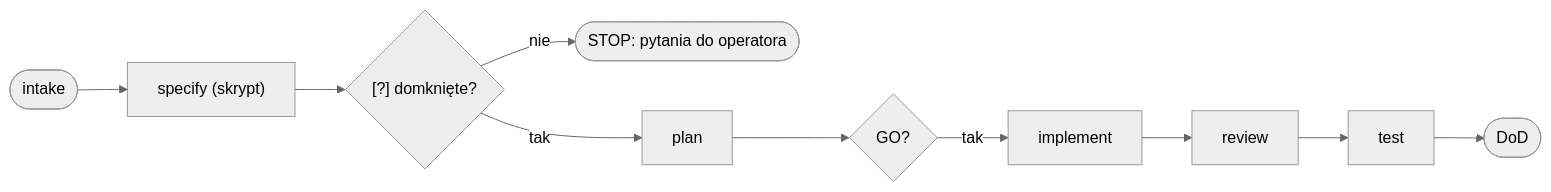
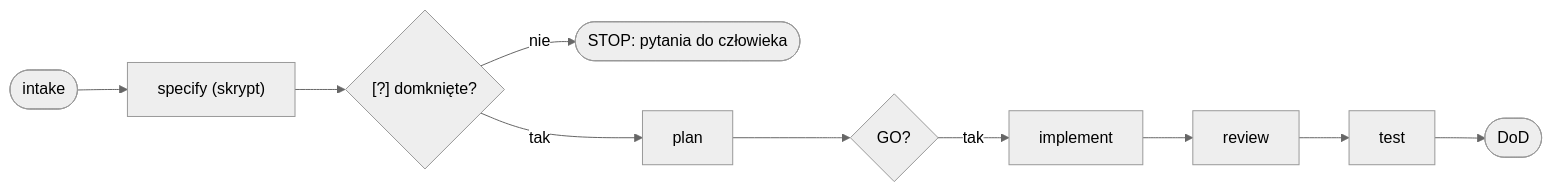
The diagram in copilot-builder/.github/skills/mermaid-diagrams/SKILL.md (nowiro/scribe-devtools), drawn with Mermaid (neutral theme) before and after one commit. The commit also changed other lines of this file and 110 other files, not shown here.

````diff
--- a/copilot-builder/.github/skills/mermaid-diagrams/SKILL.md
+++ b/copilot-builder/.github/skills/mermaid-diagrams/SKILL.md
@@ -53,6 +45,6 @@
 ```mermaid
 flowchart LR
   intake([intake]) --> specify["specify (skrypt)"] --> clarify{"[?] domknięte?"}
-  clarify -- nie --> stop([STOP: pytania do operatora])
+  clarify -- nie --> stop([STOP: pytania do człowieka])
   clarify -- tak --> plan --> analyze{GO?} -- tak --> implement --> review --> test --> dod([DoD])
 ```
````
